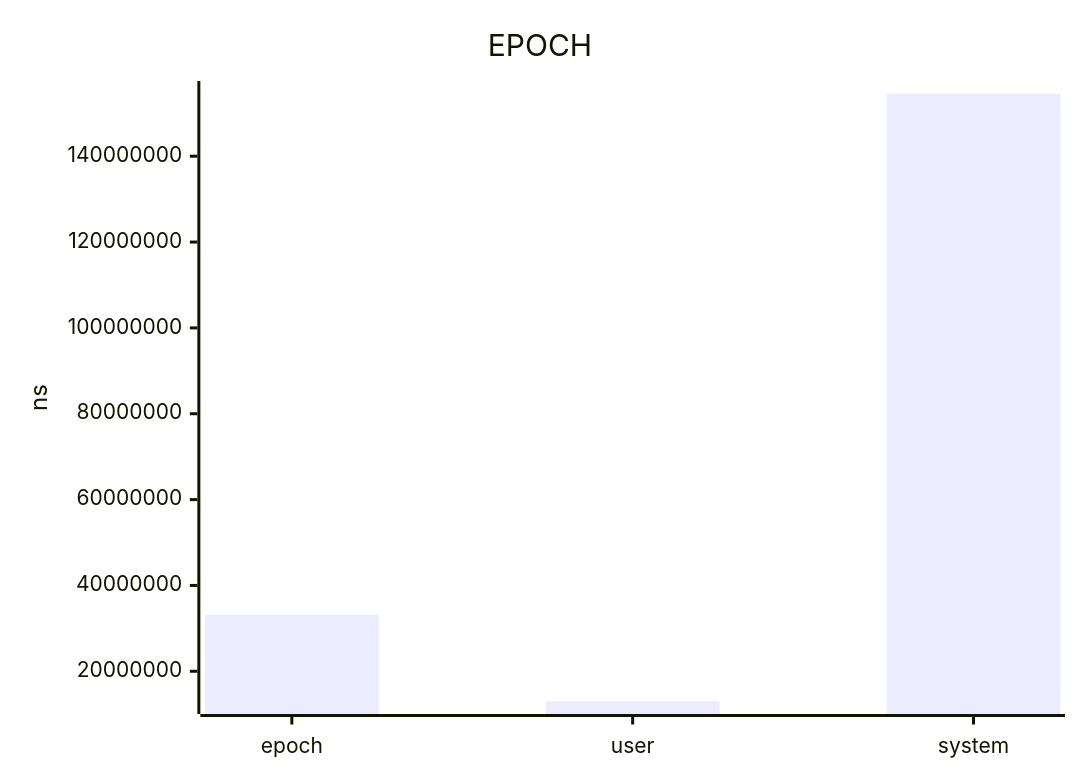
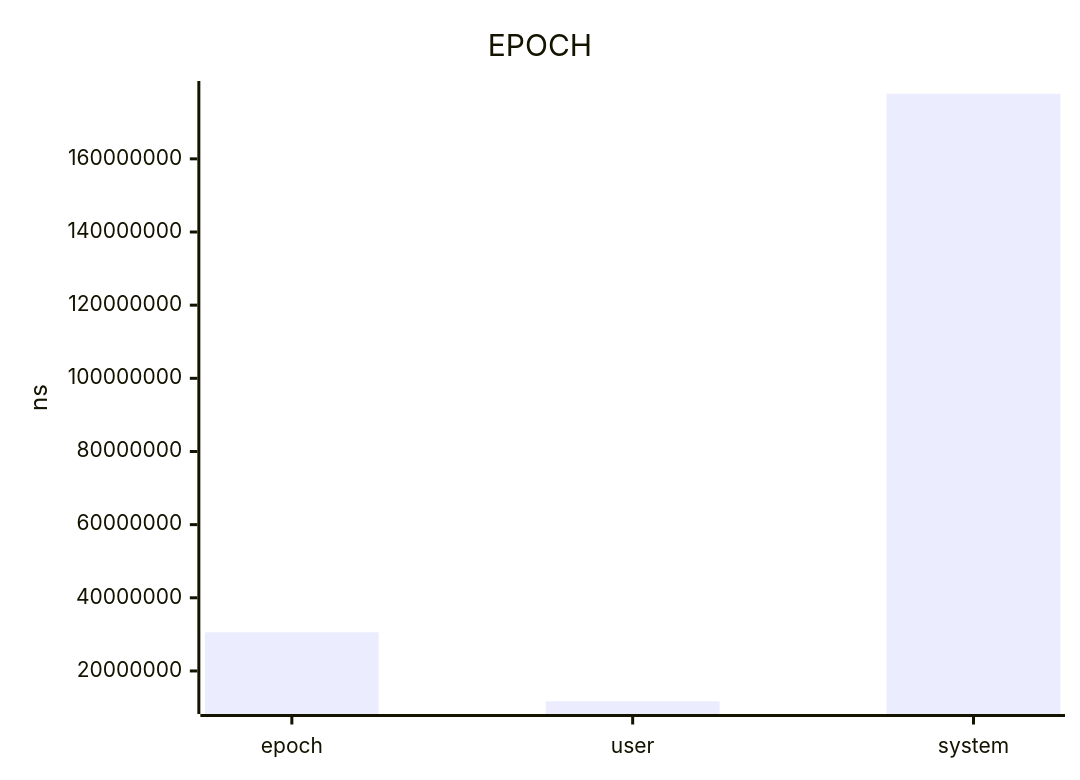
One commit to jrengmusic/saw changed the diagram in benchmark/saw-find-regex-vs-rg-report.md. Above: the diagram before and after it, drawn with Mermaid. The commit also changed other lines of this file and 434 other files, not shown here.

````diff
--- a/benchmark/saw-find-regex-vs-rg-report.md
+++ b/benchmark/saw-find-regex-vs-rg-report.md
@@ -21,7 +21,7 @@
 ```mermaid
 xychart-beta
 title "EPOCH"
 x-axis ["epoch", "user", "system"]
 y-axis "ns"
-bar [33154791.66666666790843010, 13016000.00000000000000000, 154553000.00000000000000000]
+bar [30558375.00000000000000000, 11717000.00000000000000000, 177795000.00000000000000000]
 ```
````
